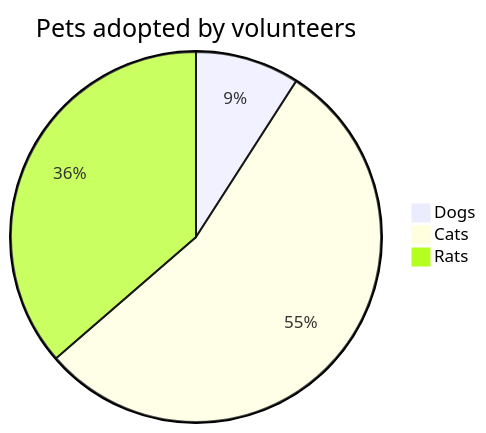
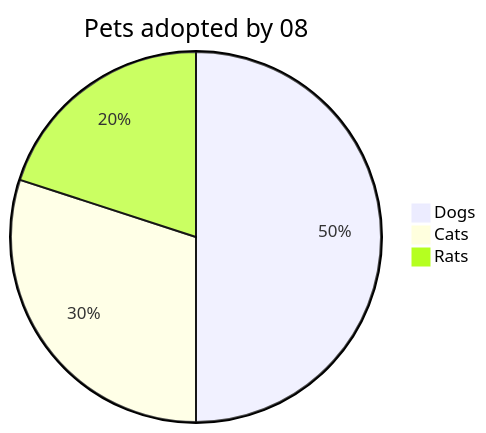
One commit to o81911190902/iodraw-files changed the diagram in all/Untitled.md. Above: the diagram before and after it, drawn with Mermaid.

Commit message:
2025-01-18 20:47:17 update

````diff
--- a/all/Untitled.md
+++ b/all/Untitled.md
@@ -1,7 +1,7 @@
 ```mermaid
-pie title Pets adopted by volunteers
-    "Dogs" : 5
+pie title Pets adopted by 08
+    "Dogs" : 50
     "Cats" : 30
     "Rats" : 20
             
 ```
````
